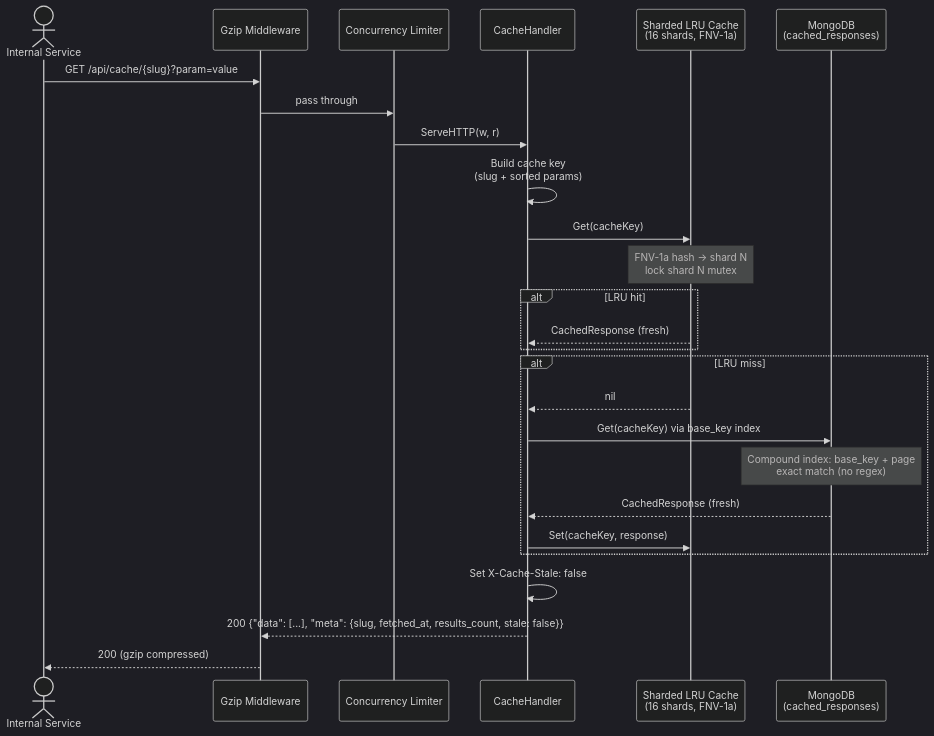
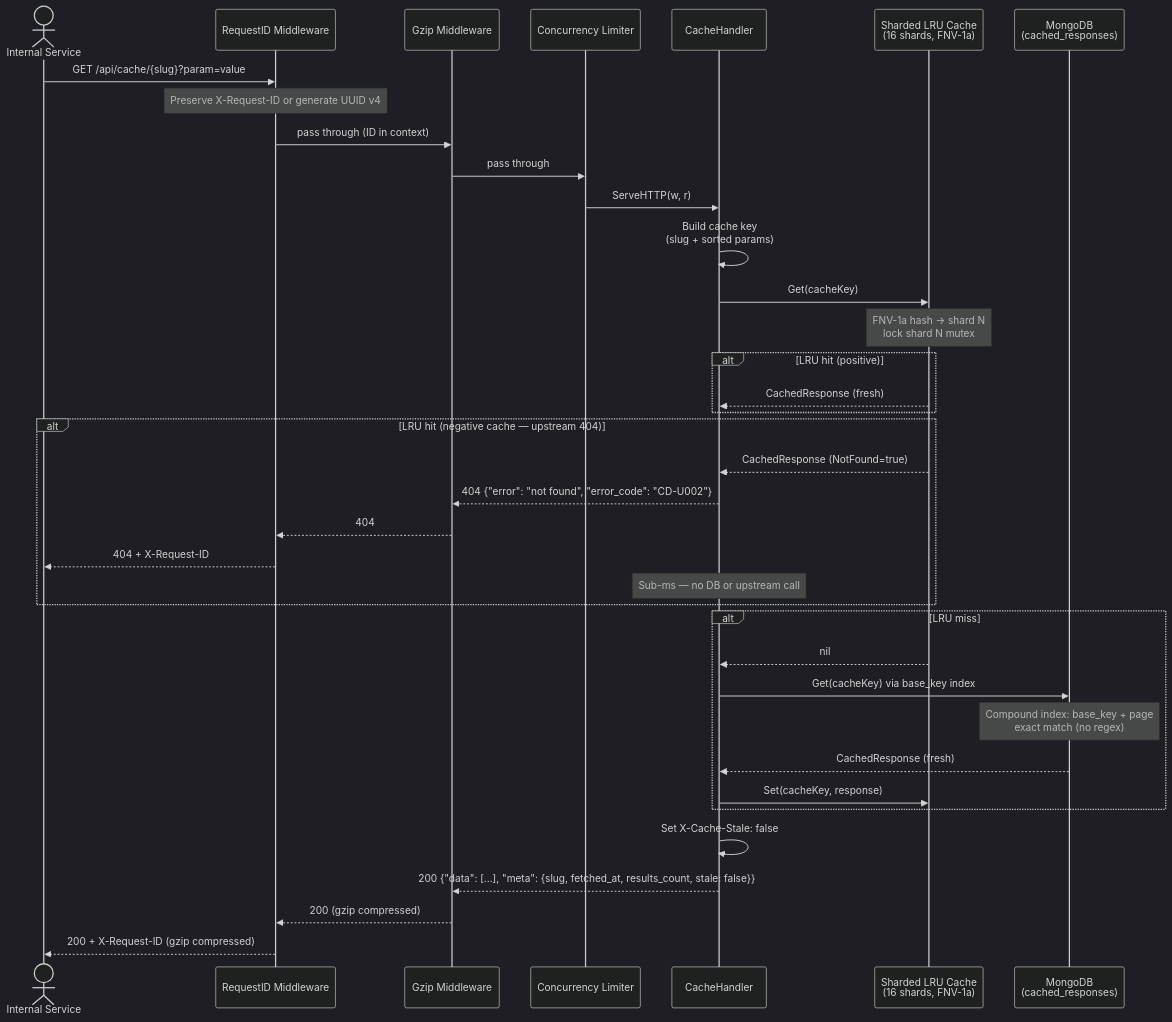
One commit to finish06/cash-drugs changed the first of 21 diagrams in docs/sequence-diagram.md. Above: the diagram before and after it, drawn with Mermaid (dark theme). The commit also changed other lines of this file and 31 other files, not shown here.

````diff
--- a/docs/sequence-diagram.md
+++ b/docs/sequence-diagram.md
@@ -5,29 +5,40 @@
 ```mermaid
 sequenceDiagram
     actor Client as Internal Service
+    participant RID as RequestID Middleware
     participant GZ as Gzip Middleware
     participant LIM as Concurrency Limiter
     participant CH as CacheHandler
     participant LRU as Sharded LRU Cache<br/>(16 shards, FNV-1a)
     participant DB as MongoDB<br/>(cached_responses)
 
-    Client->>GZ: GET /api/cache/{slug}?param=value
+    Client->>RID: GET /api/cache/{slug}?param=value
+    Note over RID: Preserve X-Request-ID or generate UUID v4
+    RID->>GZ: pass through (ID in context)
     GZ->>LIM: pass through
     LIM->>CH: ServeHTTP(w, r)
     CH->>CH: Build cache key<br/>(slug + sorted params)
     CH->>LRU: Get(cacheKey)
     Note over LRU: FNV-1a hash → shard N<br/>lock shard N mutex
-    alt LRU hit
+    alt LRU hit (positive)
         LRU-->>CH: CachedResponse (fresh)
+    end
+    alt LRU hit (negative cache — upstream 404)
+        LRU-->>CH: CachedResponse (NotFound=true)
+        CH-->>GZ: 404 {"error": "not found", "error_code": "CD-U002"}
+        GZ-->>RID: 404
+        RID-->>Client: 404 + X-Request-ID
+        Note over CH: Sub-ms — no DB or upstream call
     end
     alt LRU miss
         LRU-->>CH: nil
         CH->>DB: Get(cacheKey) via base_key index
         Note over DB: Compound index: base_key + page<br/>exact match (no regex)
         DB-->>CH: CachedResponse (fresh)
         CH->>LRU: Set(cacheKey, response)
     end
     CH->>CH: Set X-Cache-Stale: false
     CH-->>GZ: 200 {"data": [...], "meta": {slug, fetched_at, results_count, stale: false}}
-    GZ-->>Client: 200 (gzip compressed)
+    GZ-->>RID: 200 (gzip compressed)
+    RID-->>Client: 200 + X-Request-ID (gzip compressed)
 ```
````
